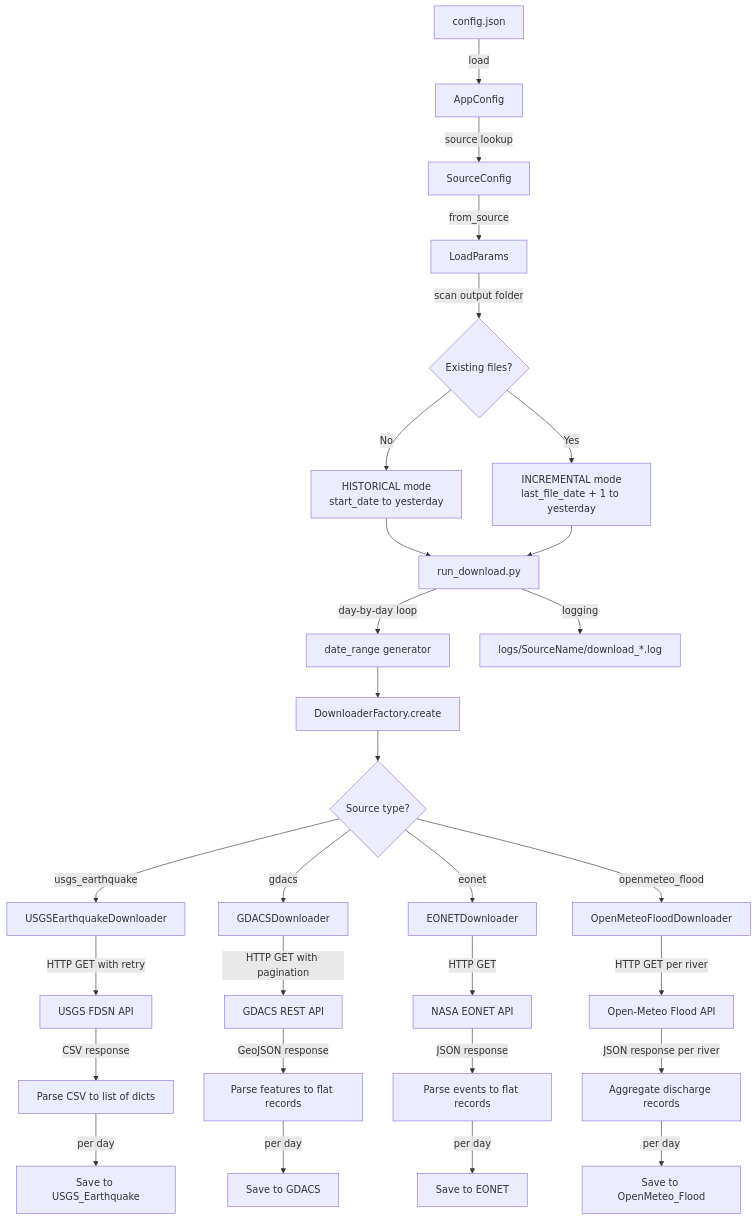
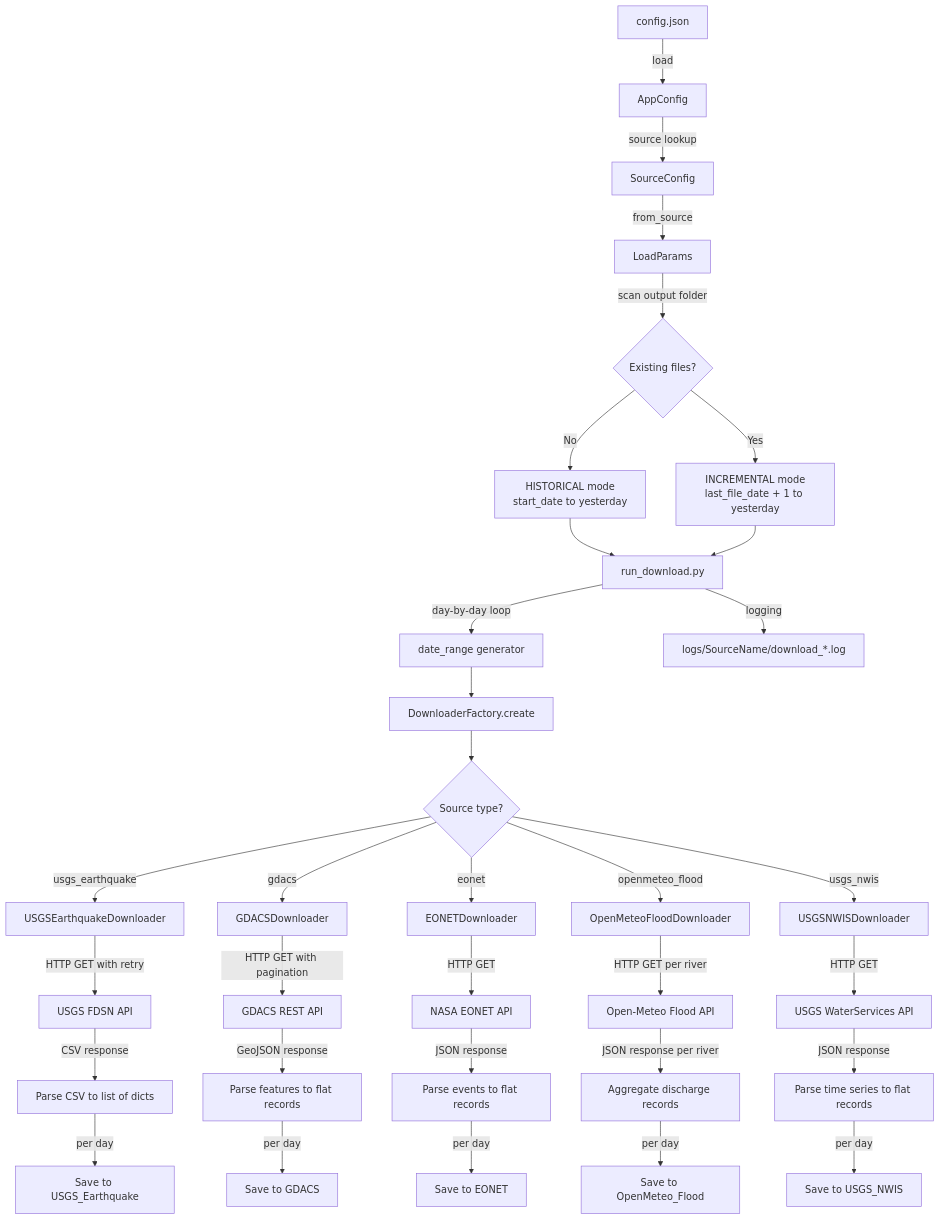
Before and after one commit to kaluzny1995/GEO_Download: the diagram in README.md, drawn with Mermaid. The commit also changed other lines of this file and 7 other files, not shown here.

Commit message:
New datasource USGS NWIS

````diff
--- a/README.md
+++ b/README.md
@@ -283,31 +311,35 @@
 ```mermaid
 flowchart TD
     A[config.json] -->|load| B[AppConfig]
     B -->|source lookup| C[SourceConfig]
     C -->|from_source| D[LoadParams]
     D -->|scan output folder| E{Existing files?}
     E -->|No| F[HISTORICAL mode<br/>start_date to yesterday]
     E -->|Yes| G[INCREMENTAL mode<br/>last_file_date + 1 to yesterday]
     F --> H[run_download.py]
     G --> H
     H -->|day-by-day loop| I[date_range generator]
     I --> J[DownloaderFactory.create]
     J --> K{Source type?}
     K -->|usgs_earthquake| L[USGSEarthquakeDownloader]
     K -->|gdacs| M[GDACSDownloader]
     K -->|eonet| N[EONETDownloader]
     K -->|openmeteo_flood| O[OpenMeteoFloodDownloader]
-    L -->|HTTP GET with retry| P[USGS FDSN API]
-    M -->|HTTP GET with pagination| Q[GDACS REST API]
-    N -->|HTTP GET| R[NASA EONET API]
-    O -->|HTTP GET per river| S[Open-Meteo Flood API]
-    P -->|CSV response| T[Parse CSV to list of dicts]
-    Q -->|GeoJSON response| U[Parse features to flat records]
-    R -->|JSON response| V[Parse events to flat records]
-    S -->|JSON response per river| W[Aggregate discharge records]
-    T -->|per day| X[Save to USGS_Earthquake]
-    U -->|per day| Y[Save to GDACS]
-    V -->|per day| Z[Save to EONET]
-    W -->|per day| AA[Save to OpenMeteo_Flood]
-    H -->|logging| AB[logs/SourceName/download_*.log]
+    K -->|usgs_nwis| P[USGSNWISDownloader]
+    L -->|HTTP GET with retry| Q[USGS FDSN API]
+    M -->|HTTP GET with pagination| R[GDACS REST API]
+    N -->|HTTP GET| S[NASA EONET API]
+    O -->|HTTP GET per river| T[Open-Meteo Flood API]
+    P -->|HTTP GET| U[USGS WaterServices API]
+    Q -->|CSV response| V[Parse CSV to list of dicts]
+    R -->|GeoJSON response| W[Parse features to flat records]
+    S -->|JSON response| X[Parse events to flat records]
+    T -->|JSON response per river| Y[Aggregate discharge records]
+    U -->|JSON response| Z[Parse time series to flat records]
+    V -->|per day| AA[Save to USGS_Earthquake]
+    W -->|per day| AB[Save to GDACS]
+    X -->|per day| AC[Save to EONET]
+    Y -->|per day| AD[Save to OpenMeteo_Flood]
+    Z -->|per day| AE[Save to USGS_NWIS]
+    H -->|logging| AF[logs/SourceName/download_*.log]
 ```
````
